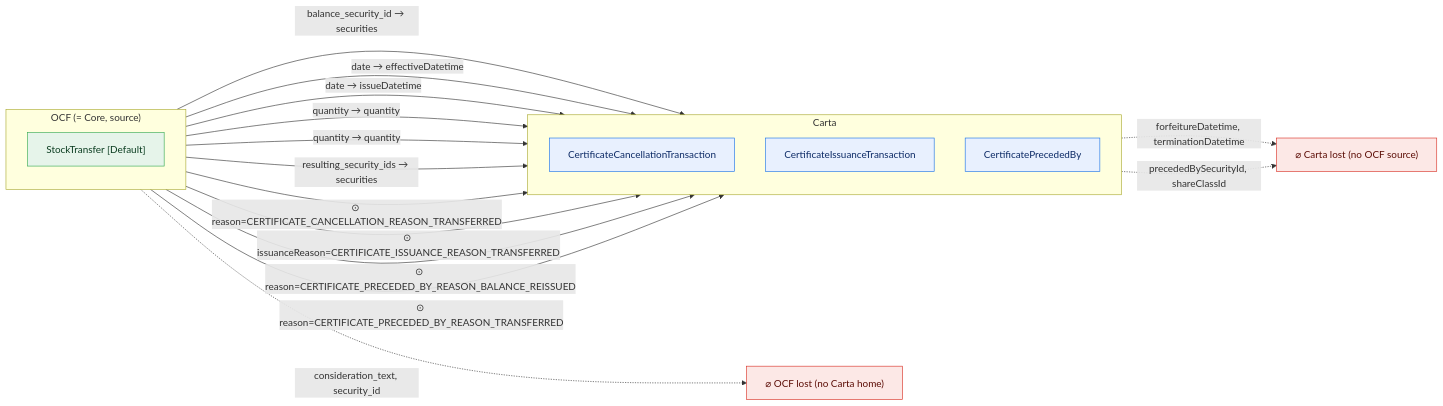
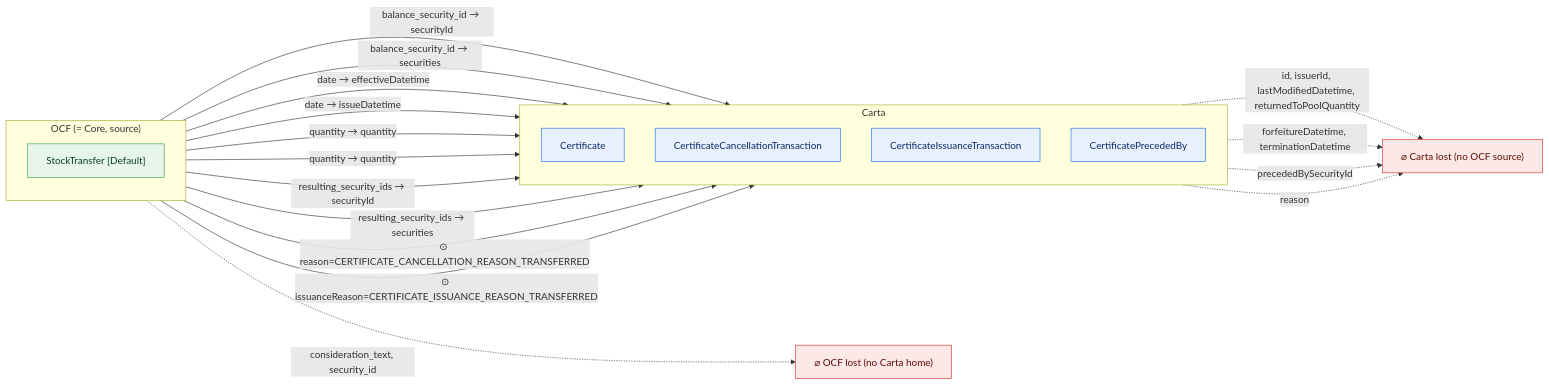
Before and after one commit to Open-Cap-Table-Coalition/OCF-Composed-Schemas: diagram 15 of 50 in docs/core-bidirectional-flow.md, drawn with Mermaid. The commit also changed other lines of this file and 33 other files, not shown here.

````diff
--- a/docs/core-bidirectional-flow.md
+++ b/docs/core-bidirectional-flow.md
@@ -538,32 +685,35 @@
 ```mermaid
 flowchart LR
   classDef adm fill:#e6f4ea,stroke:#34a853,color:#0b3d20;
   classDef notadm fill:#f1f3f4,stroke:#9aa0a6,color:#5f6368,stroke-dasharray:4 3;
   classDef carta fill:#e8f0fe,stroke:#1a73e8,color:#0d2b66;
   classDef lost fill:#fce8e6,stroke:#d93025,color:#5c0d06;
   subgraph SRC["OCF (= Core, source)"]
     direction TB
     o0["StockTransfer [Default]"]:::adm
   end
   subgraph TGT["Carta"]
     direction TB
-    t0["CertificateCancellationTransaction"]:::carta
-    t1["CertificateIssuanceTransaction"]:::carta
-    t2["CertificatePrecededBy"]:::carta
+    t0["Certificate"]:::carta
+    t1["CertificateCancellationTransaction"]:::carta
+    t2["CertificateIssuanceTransaction"]:::carta
+    t3["CertificatePrecededBy"]:::carta
   end
   ocflost["⌀ OCF lost (no Carta home)"]:::lost
   cartalost["⌀ Carta lost (no OCF source)"]:::lost
-  o0 -->|"balance_security_id → securities"| t2
-  o0 -->|"date → effectiveDatetime"| t0
-  o0 -->|"date → issueDatetime"| t1
-  o0 -->|"quantity → quantity"| t0
+  o0 -->|"balance_security_id → securityId"| t0
+  o0 -->|"balance_security_id → securities"| t3
+  o0 -->|"date → effectiveDatetime"| t1
+  o0 -->|"date → issueDatetime"| t2
   o0 -->|"quantity → quantity"| t1
-  o0 -->|"resulting_security_ids → securities"| t2
-  o0 -->|"⊙ reason=CERTIFICATE_CANCELLATION_REASON_TRANSFERRED"| t0
-  o0 -->|"⊙ issuanceReason=CERTIFICATE_ISSUANCE_REASON_TRANSFERRED"| t1
-  o0 -->|"⊙ reason=CERTIFICATE_PRECEDED_BY_REASON_BALANCE_REISSUED"| t2
-  o0 -->|"⊙ reason=CERTIFICATE_PRECEDED_BY_REASON_TRANSFERRED"| t2
+  o0 -->|"quantity → quantity"| t2
+  o0 -->|"resulting_security_ids → securityId"| t0
+  o0 -->|"resulting_security_ids → securities"| t3
+  o0 -->|"⊙ reason=CERTIFICATE_CANCELLATION_REASON_TRANSFERRED"| t1
+  o0 -->|"⊙ issuanceReason=CERTIFICATE_ISSUANCE_REASON_TRANSFERRED"| t2
   o0 -.->|"consideration_text, security_id"| ocflost
-  t0 -.->|"forfeitureDatetime, terminationDatetime"| cartalost
-  t1 -.->|"precededBySecurityId, shareClassId"| cartalost
+  t0 -.->|"id, issuerId, lastModifiedDatetime, returnedToPoolQuantity"| cartalost
+  t1 -.->|"forfeitureDatetime, terminationDatetime"| cartalost
+  t2 -.->|"precededBySecurityId"| cartalost
+  t3 -.->|"reason"| cartalost
 ```
````
